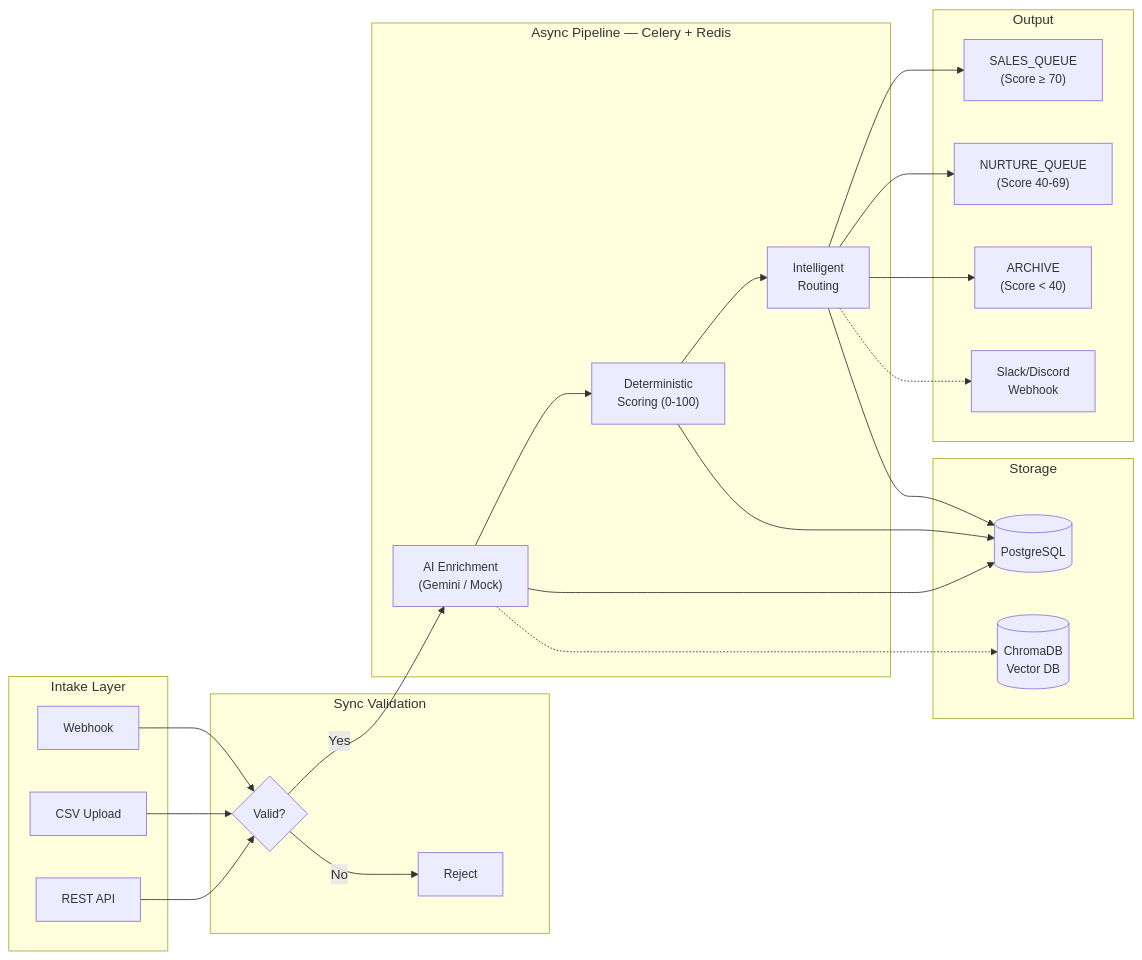
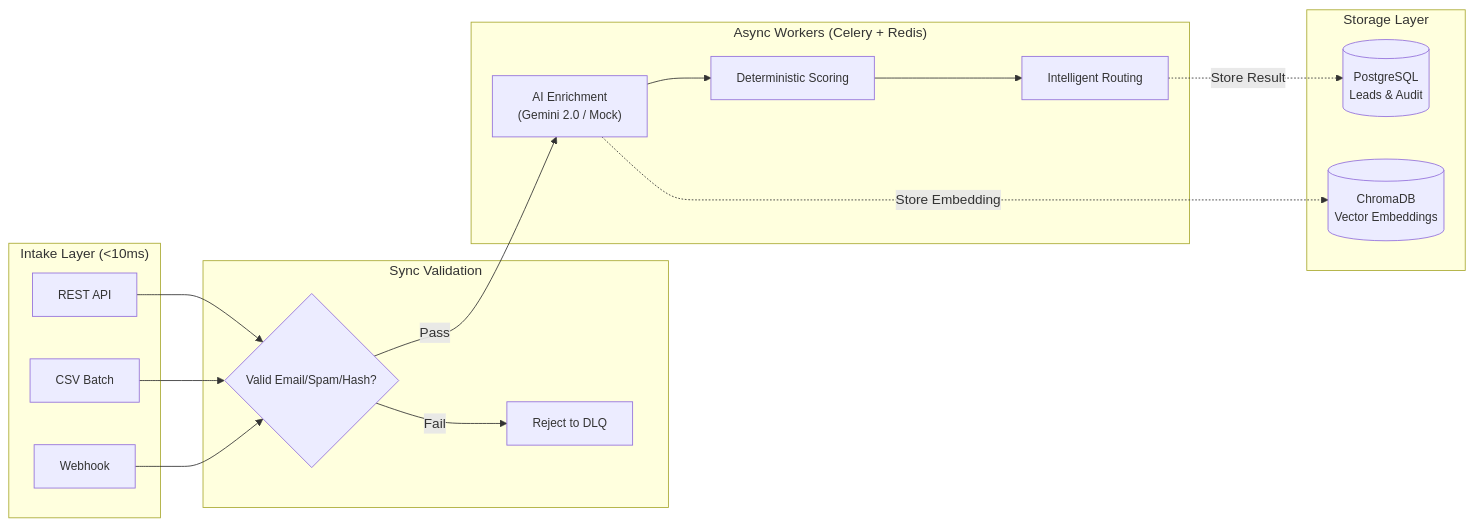
The first of 2 diagrams in README.md (Punya23/AI_Lead), drawn with Mermaid before and after one commit. The commit also changed other lines of this file, not shown here.

````diff
--- a/README.md
+++ b/README.md
@@ -11,43 +73,34 @@
 ```mermaid
 flowchart LR
     classDef default font-size:14px;
     classDef large font-size:16px,font-weight:bold;
 
-    subgraph Input["Intake Layer"]
+    subgraph Input["Intake Layer (<10ms)"]
         A[REST API] 
-        B[CSV Upload]
+        B[CSV Batch]
         C[Webhook]
     end
 
     subgraph Sync["Sync Validation"]
-        D{Valid?}
-        E[Reject]
+        D{Valid Email/Spam/Hash?}
+        E[Reject to DLQ]
     end
 
-    subgraph Async["Async Pipeline — Celery + Redis"]
-        F["AI Enrichment\n(Gemini / Mock)"]
-        G["Deterministic\nScoring (0-100)"]
-        H["Intelligent\nRouting"]
+    subgraph Async["Async Workers (Celery + Redis)"]
+        F["AI Enrichment\n(Gemini 2.0 / Mock)"]
+        G["Deterministic Scoring"]
+        H["Intelligent Routing"]
     end
 
-    subgraph Storage["Storage"]
-        I[(PostgreSQL)]
-        J[(ChromaDB\nVector DB)]
-    end
-
-    subgraph Output["Output"]
-        K["SALES_QUEUE\n(Score ≥ 70)"]
-        L["NURTURE_QUEUE\n(Score 40-69)"]
-        M["ARCHIVE\n(Score < 40)"]
-        N["Slack/Discord\nWebhook"]
+    subgraph Storage["Storage Layer"]
+        I[(PostgreSQL\nLeads & Audit)]
+        J[(ChromaDB\nVector Embeddings)]
     end
 
     A & B & C --> D
-    D -->|No| E
-    D -->|Yes| F
+    D -->|Fail| E
+    D -->|Pass| F
     F --> G --> H
-    F -.-> J
-    H --> K & L & M
-    H -.-> N
-    F & G & H --> I
+    F -.->|Store Embedding| J
+    H -.->|Store Result| I
 ```
````
